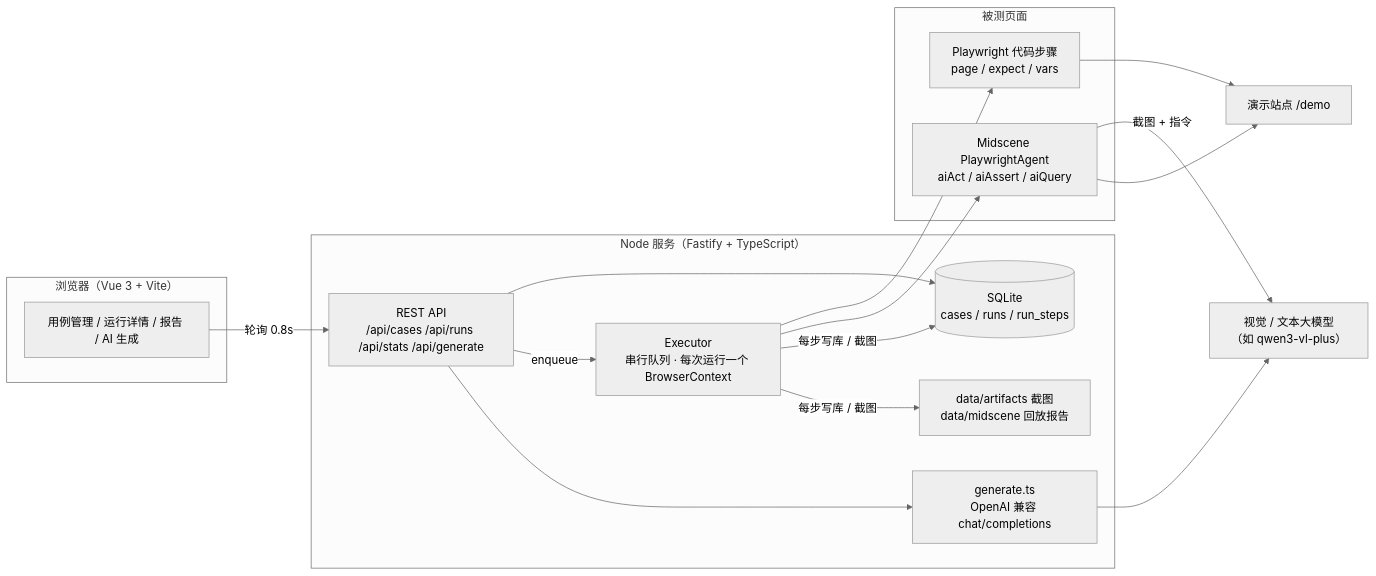
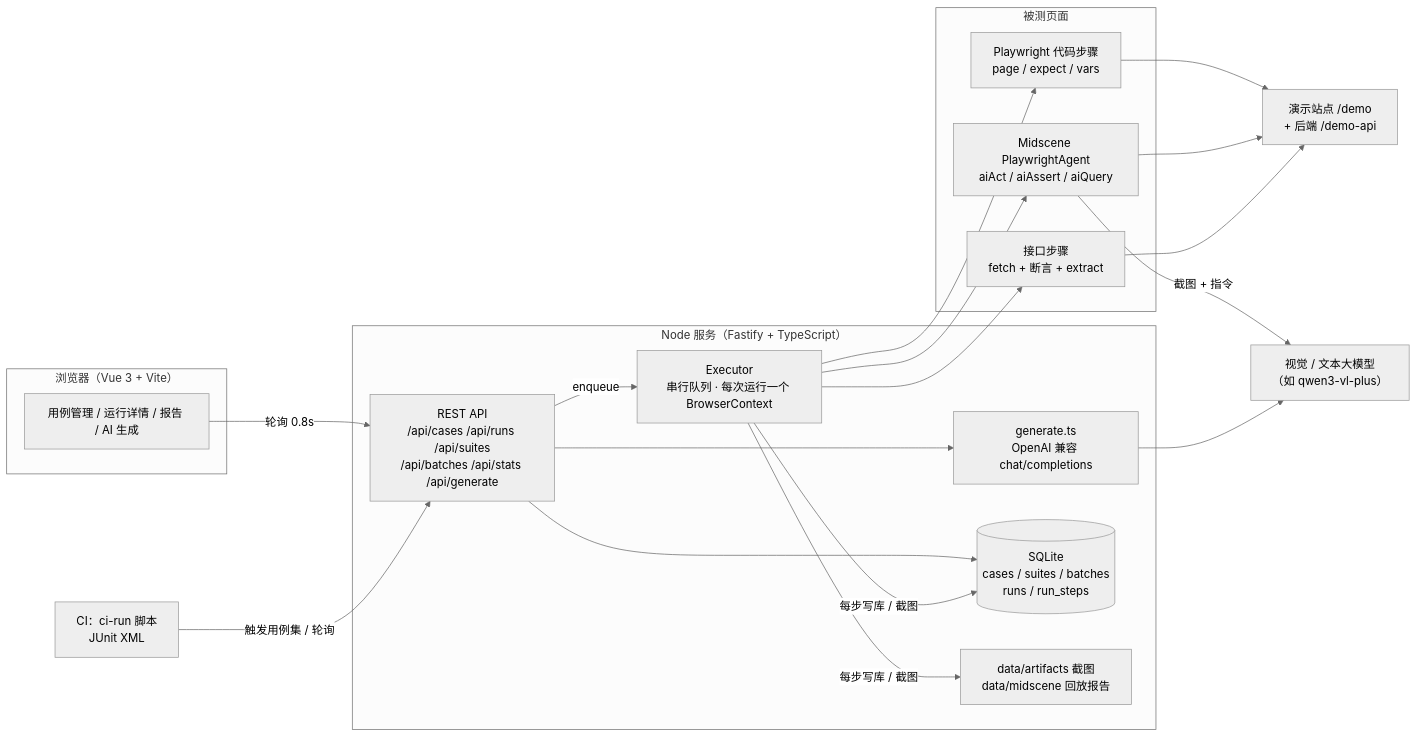
One commit to peiyaoc48-bit/ai-test-platform changed the diagram in README.md. Above: the diagram before and after it, drawn with Mermaid (neutral theme). The commit also changed other lines of this file and 11 other files, not shown here.

Commit message:
docs: 面试讲稿（架构、接口测试知识点对照、常见追问）、README 更新与新截图

````diff
--- a/README.md
+++ b/README.md
@@ -55,28 +63,31 @@
 ```mermaid
 flowchart LR
   subgraph Browser["浏览器（Vue 3 + Vite）"]
     UI["用例管理 / 运行详情 / 报告 / AI 生成"]
   end
   subgraph Server["Node 服务（Fastify + TypeScript）"]
-    API["REST API<br/>/api/cases /api/runs /api/stats /api/generate"]
+    API["REST API<br/>/api/cases /api/runs /api/suites<br/>/api/batches /api/stats /api/generate"]
     Q["Executor<br/>串行队列 · 每次运行一个 BrowserContext"]
     GEN["generate.ts<br/>OpenAI 兼容 chat/completions"]
-    DB[("SQLite<br/>cases / runs / run_steps")]
+    DB[("SQLite<br/>cases / suites / batches<br/>runs / run_steps")]
     FS["data/artifacts 截图<br/>data/midscene 回放报告"]
   end
   subgraph Run["被测页面"]
     PW["Playwright 代码步骤<br/>page / expect / vars"]
     MS["Midscene PlaywrightAgent<br/>aiAct / aiAssert / aiQuery"]
+    AP["接口步骤<br/>fetch + 断言 + extract"]
   end
+  CI["CI：ci-run 脚本<br/>JUnit XML"]
   LLM["视觉 / 文本大模型<br/>（如 qwen3-vl-plus）"]
-  DEMO["演示站点 /demo"]
+  DEMO["演示站点 /demo<br/>+ 后端 /demo-api"]
 
   UI -- "轮询 0.8s" --> API
   API --> DB
   API -- enqueue --> Q
-  Q --> PW & MS
+  CI -- 触发用例集 / 轮询 --> API
+  Q --> PW & MS & AP
   MS -- 截图 + 指令 --> LLM
-  PW & MS --> DEMO
+  PW & MS & AP --> DEMO
   Q -- 每步写库 / 截图 --> DB & FS
   API --> GEN --> LLM
 ```
````
